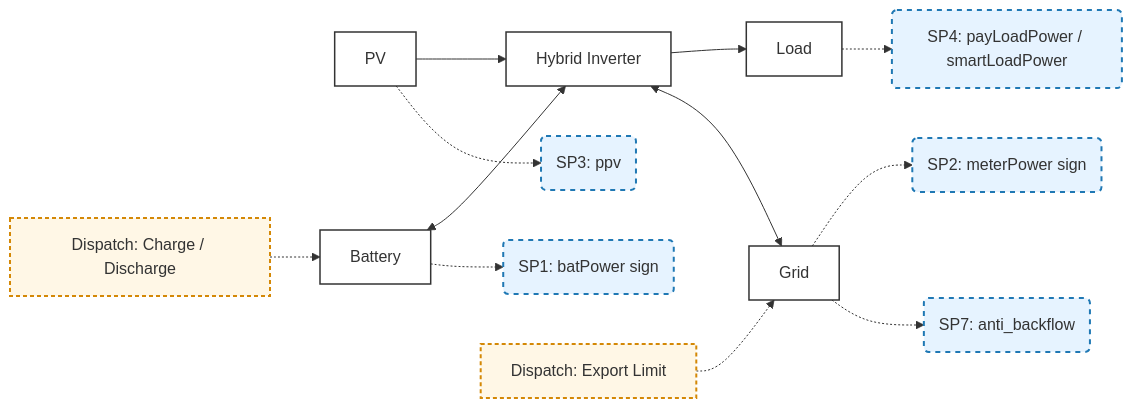
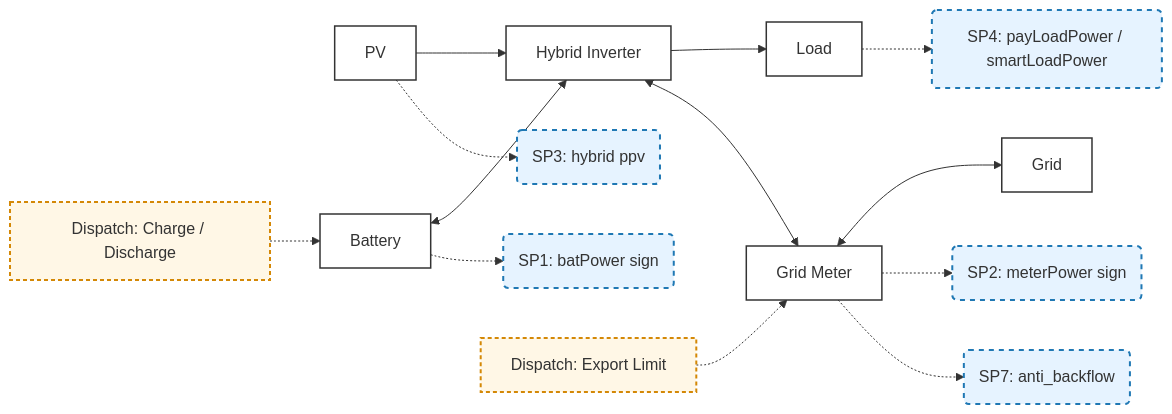
Before and after one commit to EugeneJian/growatt-unified-api: the second of 6 diagrams in docs/growatt-ess-semantic-model-preliminary-review.md, drawn with Mermaid. The commit also changed other lines of this file and 7 other files, not shown here.

````diff
--- a/docs/growatt-ess-semantic-model-preliminary-review.md
+++ b/docs/growatt-ess-semantic-model-preliminary-review.md
@@ -77,40 +83,42 @@
 ```mermaid
 flowchart LR
 
     classDef asset fill:#ffffff,stroke:#333,stroke-width:1.5px;
     classDef semantic fill:#e6f3ff,stroke:#1f78b4,stroke-width:2px,stroke-dasharray: 5 5;
     classDef dispatch fill:#fff7e6,stroke:#d48806,stroke-width:2px,stroke-dasharray: 4 3;
 
     PV[PV]
     Battery[Battery]
     Inverter[Hybrid Inverter]
+    GridMeter[Grid Meter]
     Load[Load]
     Grid[Grid]
 
     PV --> Inverter
     Battery <--> Inverter
     Inverter --> Load
-    Inverter <--> Grid
+    Inverter <--> GridMeter
+    GridMeter <--> Grid
 
     SP1(SP1: batPower sign)
     SP2(SP2: meterPower sign)
-    SP3(SP3: ppv)
+    SP3(SP3: hybrid ppv)
     SP4(SP4: payLoadPower / smartLoadPower)
     SP7(SP7: anti_backflow)
 
     Battery -.-> SP1
-    Grid -.-> SP2
+    GridMeter -.-> SP2
     PV -.-> SP3
     Load -.-> SP4
-    Grid -.-> SP7
+    GridMeter -.-> SP7
 
     D1[Dispatch: Charge / Discharge]
     D2[Dispatch: Export Limit]
 
     D1 -.-> Battery
-    D2 -.-> Grid
+    D2 -.-> GridMeter
 
-    class PV,Battery,Inverter,Load,Grid asset;
+    class PV,Battery,Inverter,GridMeter,Load,Grid asset;
     class SP1,SP2,SP3,SP4,SP7 semantic;
     class D1,D2 dispatch;
 ```
````
